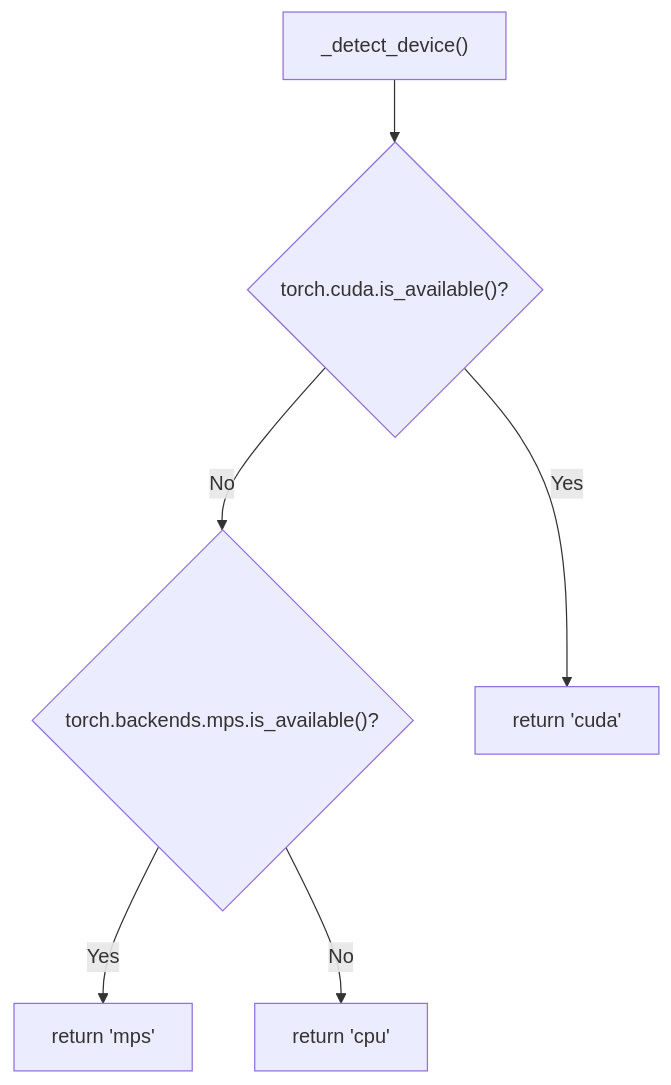
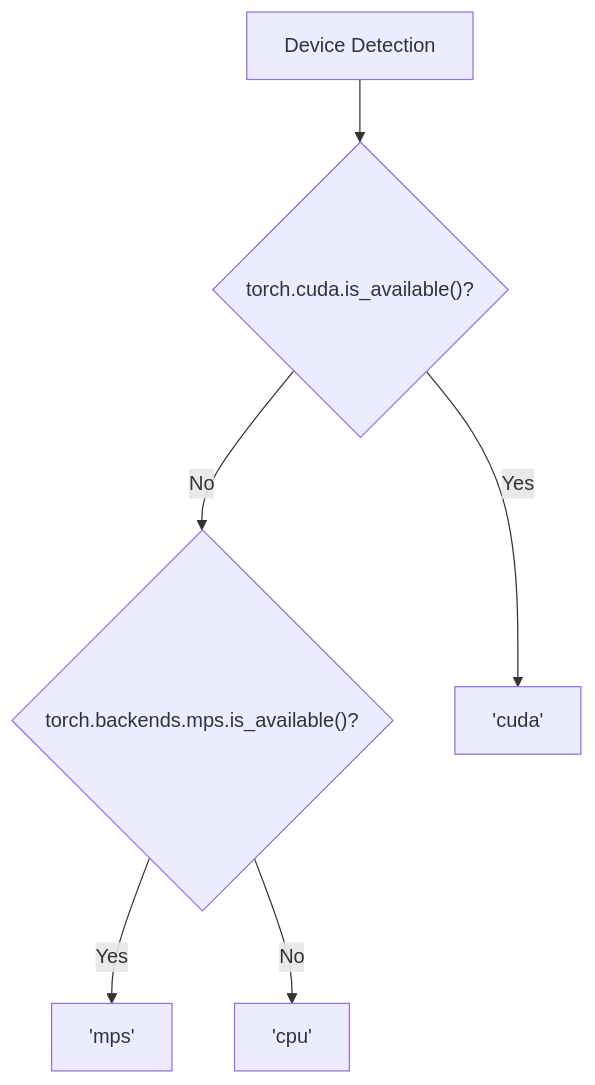
One commit to akosgintl/colpali-rag-app changed the third of 6 diagrams in docs/modules/colpali.md. Above: the diagram before and after it, drawn with Mermaid. The commit also changed other lines of this file and 42 other files, not shown here.

````diff
--- a/docs/modules/colpali.md
+++ b/docs/modules/colpali.md
@@ -98,17 +105,17 @@
 ```mermaid
 graph TD
-    Start["_detect_device()"]
+    Start["Device Detection"]
 
     CUDA{"torch.cuda.is_available()?"}
     MPS{"torch.backends.mps.is_available()?"}
 
-    RetCUDA["return 'cuda'"]
-    RetMPS["return 'mps'"]
-    RetCPU["return 'cpu'"]
+    RetCUDA["'cuda'"]
+    RetMPS["'mps'"]
+    RetCPU["'cpu'"]
 
     Start --> CUDA
     CUDA -->|Yes| RetCUDA
     CUDA -->|No| MPS
     MPS -->|Yes| RetMPS
     MPS -->|No| RetCPU
 ```
````
